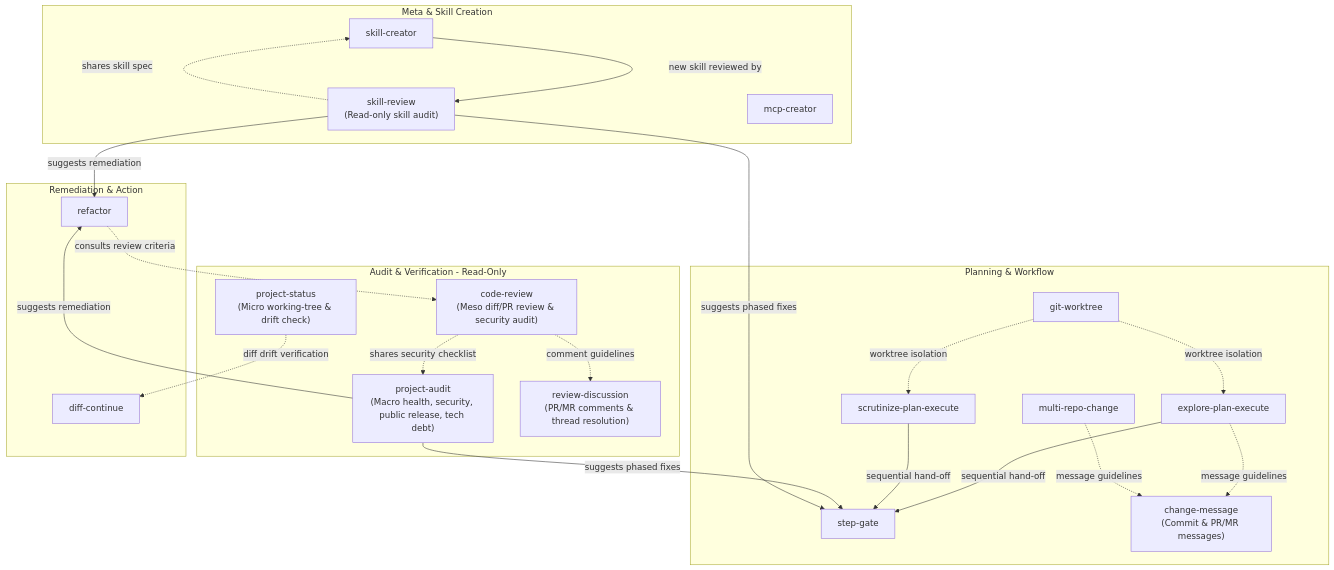
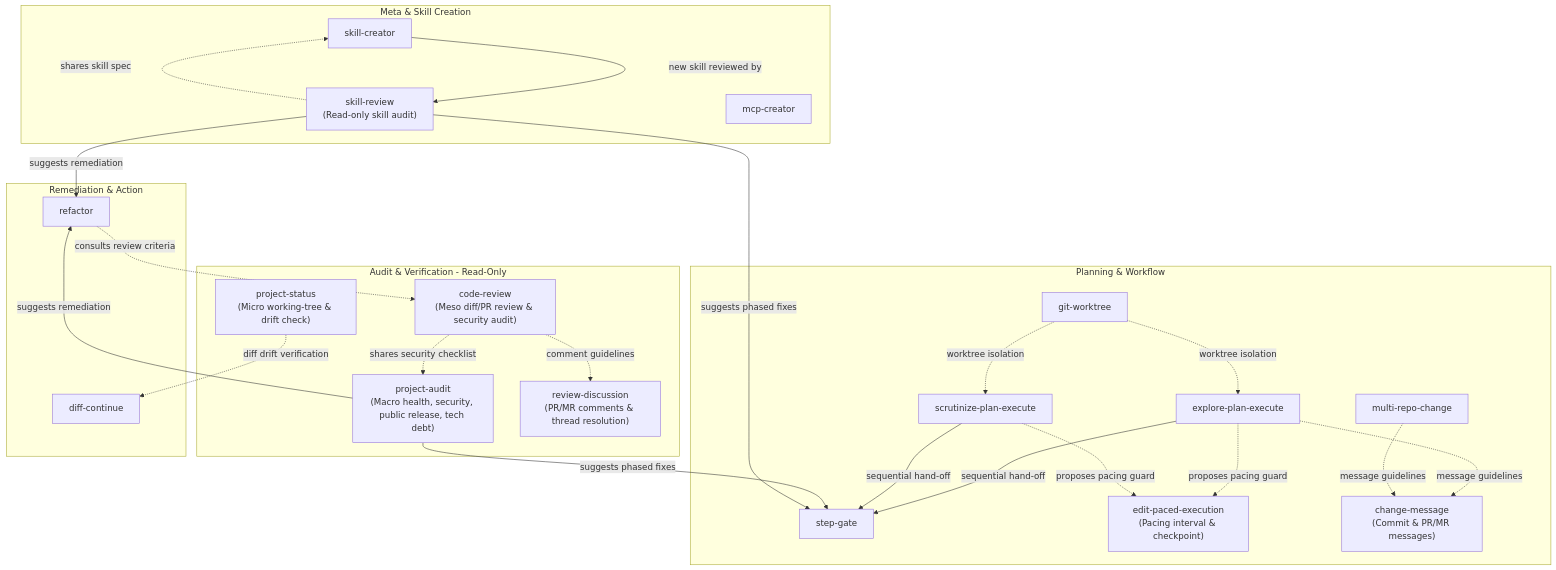
One commit to berquerant/agent-skills changed the diagram in AGENTS.md. Above: the diagram before and after it, drawn with Mermaid. The commit also changed 5 other files, not shown here.

First line of the commit message:
feat(edit-paced-execution): add edit-paced execution skill and planning hooks

````diff
--- a/AGENTS.md
+++ b/AGENTS.md
@@ -54,51 +54,54 @@
 ```mermaid
 flowchart TD
     subgraph Meta ["Meta & Skill Creation"]
         SC[skill-creator]
         SR["skill-review<br/>(Read-only skill audit)"]
         MC[mcp-creator]
     end
 
     subgraph Planning ["Planning & Workflow"]
         EPE[explore-plan-execute]
         SPE[scrutinize-plan-execute]
         SG[step-gate]
+        EPE_PACE["edit-paced-execution<br/>(Pacing interval & checkpoint)"]
         GW[git-worktree]
         MRC[multi-repo-change]
         CM["change-message<br/>(Commit & PR/MR messages)"]
     end
 
     subgraph Audit ["Audit & Verification - Read-Only"]
         PA["project-audit<br/>(Macro health, security, public release, tech debt)"]
         PS["project-status<br/>(Micro working-tree & drift check)"]
         CR["code-review<br/>(Meso diff/PR review & security audit)"]
         RD["review-discussion<br/>(PR/MR comments & thread resolution)"]
     end
 
     subgraph Remediation ["Remediation & Action"]
         RF[refactor]
         DC[diff-continue]
     end
 
     %% Workflows & Hand-offs
     EPE -->|sequential hand-off| SG
     SPE -->|sequential hand-off| SG
+    EPE -.->|proposes pacing guard| EPE_PACE
+    SPE -.->|proposes pacing guard| EPE_PACE
     GW -.->|worktree isolation| EPE
     GW -.->|worktree isolation| SPE
     EPE -.->|message guidelines| CM
     MRC -.->|message guidelines| CM
     CR -.->|comment guidelines| RD
 
     PA -->|suggests remediation| RF
     PA -->|suggests phased fixes| SG
 
     CR -.->|shares security checklist| PA
     RF -.->|consults review criteria| CR
 
     PS -.->|diff drift verification| DC
 
     SC -->|new skill reviewed by| SR
     SR -.->|shares skill spec| SC
     SR -->|suggests phased fixes| SG
     SR -->|suggests remediation| RF
 ```
````
